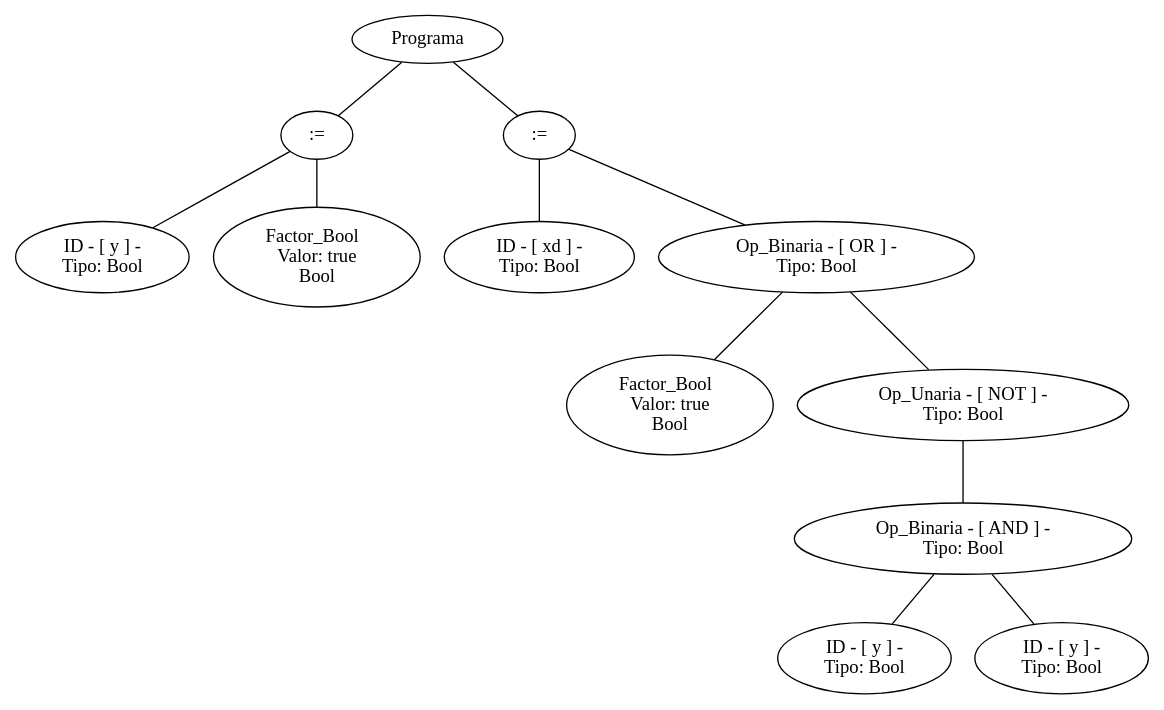
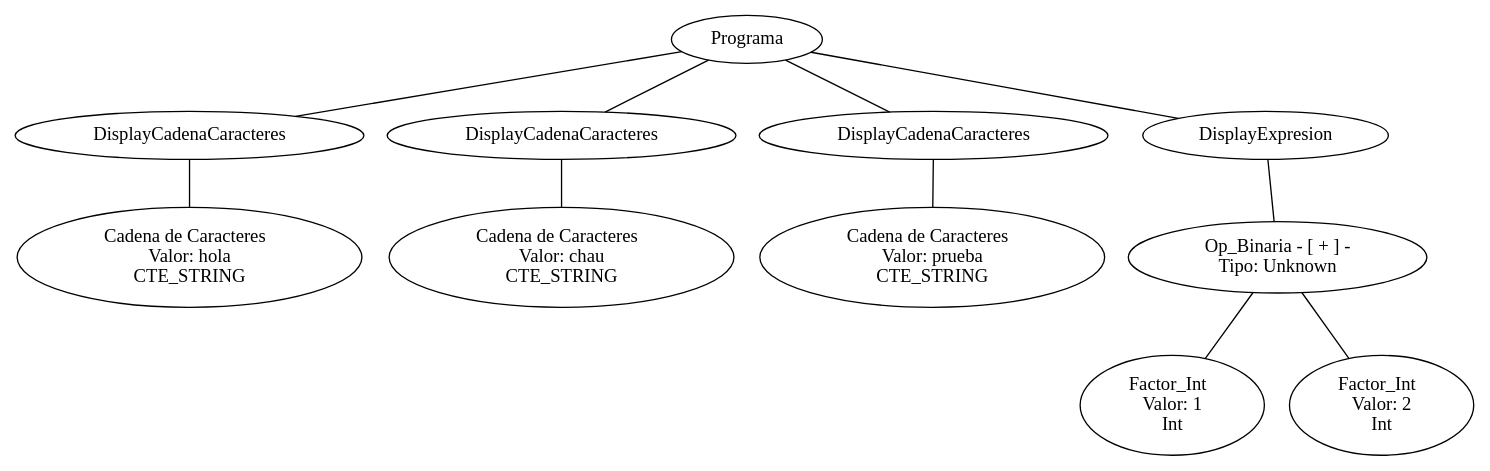
One commit to SantiPerez17/Compiladores changed the diagram in arbol.dot. Above: the diagram before and after it, drawn with Graphviz. The commit also changed 17 other files, not shown here.

```diff
--- a/arbol.dot
+++ b/arbol.dot
@@ -1,35 +1,33 @@
 graph G {nodo_programa[label="Programa"]
-nodo_1274370218[label=":="]
-nodo_programa--nodo_1274370218
-nodo_1190035432[label=" ID - [ y ] - 
- Tipo: Bool"]
-nodo_1274370218--nodo_1190035432
-nodo_1267032364[label="Factor_Bool  
- Valor: true 
-Bool"]
-nodo_1274370218--nodo_1267032364
-nodo_2117255219[label=":="]
-nodo_programa--nodo_2117255219
-nodo_1963387170[label=" ID - [ xd ] - 
- Tipo: Bool"]
-nodo_2117255219--nodo_1963387170
-nodo_517380410[label=" Op_Binaria - [ OR ] - 
- Tipo: Bool"]
-nodo_2117255219--nodo_517380410
-nodo_758705033[label="Factor_Bool  
- Valor: true 
-Bool"]
-nodo_517380410--nodo_758705033
-nodo_1067938912[label=" Op_Unaria - [ NOT ] - 
- Tipo: Bool"]
-nodo_517380410--nodo_1067938912
-nodo_764308918[label=" Op_Binaria - [ AND ] - 
- Tipo: Bool"]
-nodo_1067938912--nodo_764308918
-nodo_1604839423[label=" ID - [ y ] - 
- Tipo: Bool"]
-nodo_764308918--nodo_1604839423
-nodo_1177096266[label=" ID - [ y ] - 
- Tipo: Bool"]
-nodo_764308918--nodo_1177096266
+nodo_148001436[label="DisplayCadenaCaracteres"]
+nodo_programa--nodo_148001436
+nodo_1786285017[label="Cadena de Caracteres  
+ Valor: hola 
+CTE_STRING"]
+nodo_148001436--nodo_1786285017
+nodo_335696039[label="DisplayCadenaCaracteres"]
+nodo_programa--nodo_335696039
+nodo_864354359[label="Cadena de Caracteres  
+ Valor: chau 
+CTE_STRING"]
+nodo_335696039--nodo_864354359
+nodo_496582665[label="DisplayCadenaCaracteres"]
+nodo_programa--nodo_496582665
+nodo_163767072[label="Cadena de Caracteres  
+ Valor: prueba 
+CTE_STRING"]
+nodo_496582665--nodo_163767072
+nodo_880899254[label="DisplayExpresion"]
+nodo_programa--nodo_880899254
+nodo_1674570190[label=" Op_Binaria - [ + ] - 
+ Tipo: Unknown"]
+nodo_880899254--nodo_1674570190
+nodo_2140336484[label="Factor_Int  
+ Valor: 1 
+Int"]
+nodo_1674570190--nodo_2140336484
+nodo_1708006072[label="Factor_Int  
+ Valor: 2 
+Int"]
+nodo_1674570190--nodo_1708006072
 }
```
